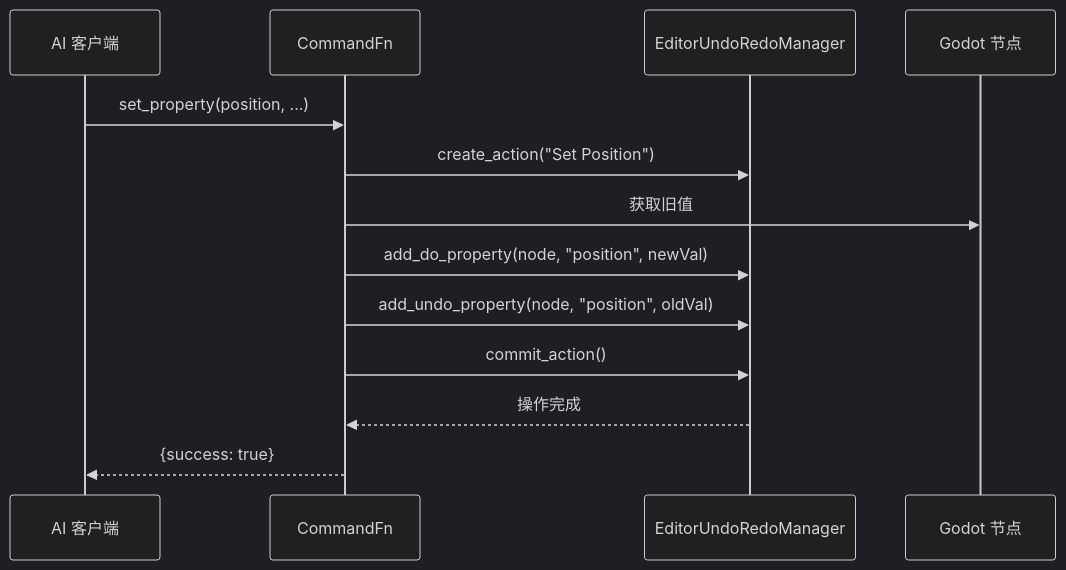
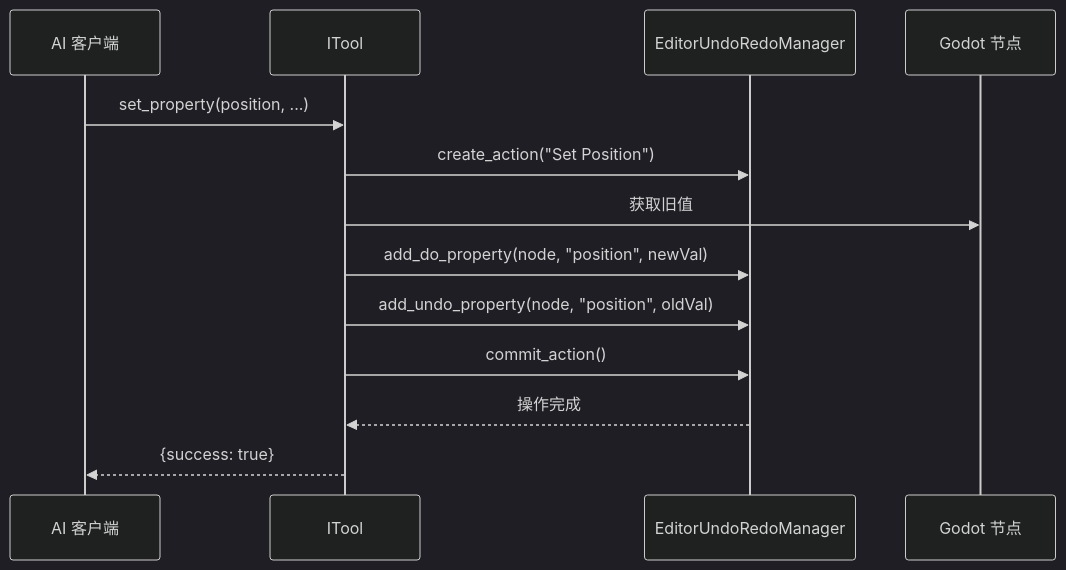
The fourth of 4 diagrams in docs/zh/guide/architecture.md (jesspig/GodotMCP-GDExtension), drawn with Mermaid (dark theme) before and after one commit. The commit also changed other lines of this file and 18 other files, not shown here.

````diff
--- a/docs/zh/guide/architecture.md
+++ b/docs/zh/guide/architecture.md
@@ -155,16 +185,16 @@
 ```mermaid
 sequenceDiagram
     participant AI as AI 客户端
-    participant Cmd as CommandFn
+    participant Tool as ITool
     participant EU as EditorUndoRedoManager
     participant Node as Godot 节点
 
-    AI->>Cmd: set_property(position, ...)
-    Cmd->>EU: create_action("Set Position")
-    Cmd->>Node: 获取旧值
-    Cmd->>EU: add_do_property(node, "position", newVal)
-    Cmd->>EU: add_undo_property(node, "position", oldVal)
-    Cmd->>EU: commit_action()
-    EU-->>Cmd: 操作完成
-    Cmd-->>AI: {success: true}
+    AI->>Tool: set_property(position, ...)
+    Tool->>EU: create_action("Set Position")
+    Tool->>Node: 获取旧值
+    Tool->>EU: add_do_property(node, "position", newVal)
+    Tool->>EU: add_undo_property(node, "position", oldVal)
+    Tool->>EU: commit_action()
+    EU-->>Tool: 操作完成
+    Tool-->>AI: {success: true}
 ```
````
